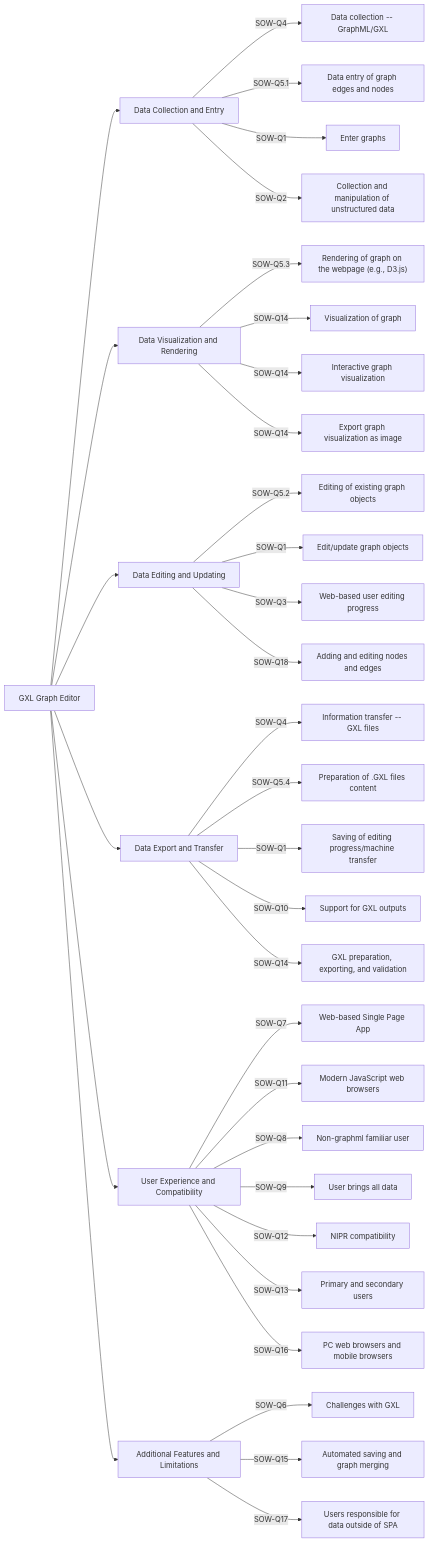
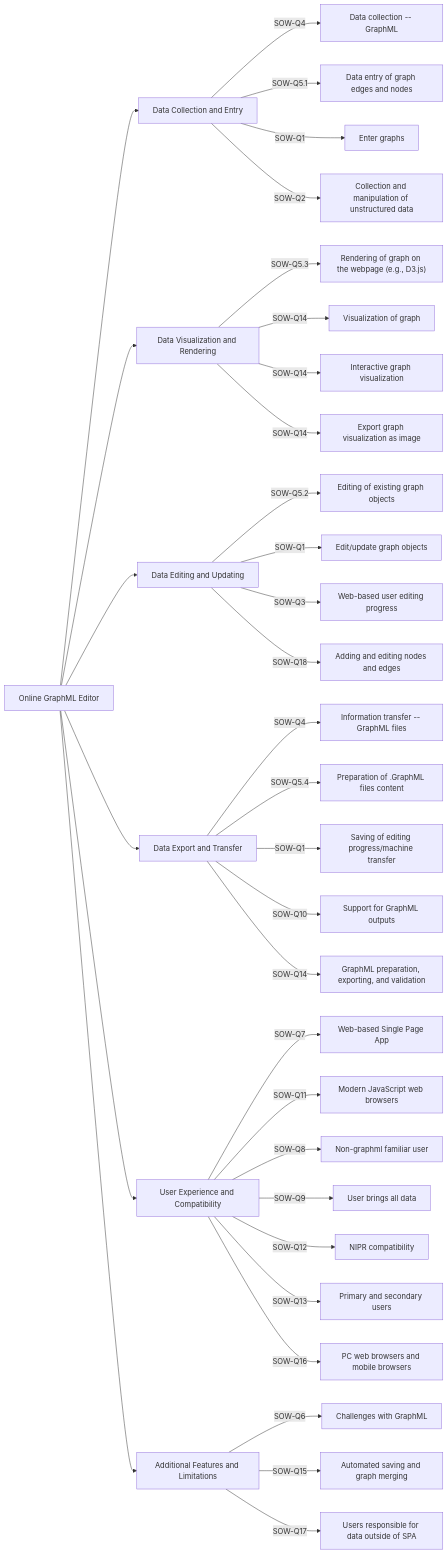
The diagram in Examples/01_GraphML-Editor/01_SOW/02_01-ChatGPT-Fishbone.mmd (ActuallyFro/Break-FAST), drawn with Mermaid before and after one commit. The commit also changed 5 other files, not shown here.

Commit message:
{Examples|01_SOW} Updates from GXL

```diff
--- a/Examples/01_GraphML-Editor/01_SOW/02_01-ChatGPT-Fishbone.mmd
+++ b/Examples/01_GraphML-Editor/01_SOW/02_01-ChatGPT-Fishbone.mmd
@@ -1,48 +1,48 @@
 graph LR
-A["GXL Graph Editor"]
+A["Online GraphML Editor"]
 
 B[Data Collection and Entry]
 C[Data Visualization and Rendering]
 D[Data Editing and Updating]
 E[Data Export and Transfer]
 F[User Experience and Compatibility]
 G[Additional Features and Limitations]
 
 A-->B
-B-->|SOW-Q4|1["Data collection -- GraphML/GXL"]
+B-->|SOW-Q4|1["Data collection -- GraphML"]
 B-->|SOW-Q5.1|2["Data entry of graph edges and nodes"]
 B-->|SOW-Q1|3["Enter graphs"]
 B-->|SOW-Q2|4["Collection and manipulation of unstructured data"]
 
 A-->C
 C-->|SOW-Q5.3|5["Rendering of graph on the webpage (e.g., D3.js)"]
 C-->|SOW-Q14|6["Visualization of graph"]
 C-->|SOW-Q14|7["Interactive graph visualization"]
 C-->|SOW-Q14|8["Export graph visualization as image"]
 
 A-->D
 D-->|SOW-Q5.2|9["Editing of existing graph objects"]
 D-->|SOW-Q1|10["Edit/update graph objects"]
 D-->|SOW-Q3|11["Web-based user editing progress"]
 D-->|SOW-Q18|12["Adding and editing nodes and edges"]
 
 A-->E
-E-->|SOW-Q4|13["Information transfer -- GXL files"]
-E-->|SOW-Q5.4|14["Preparation of .GXL files content"]
+E-->|SOW-Q4|13["Information transfer -- GraphML files"]
+E-->|SOW-Q5.4|14["Preparation of .GraphML files content"]
 E-->|SOW-Q1|15["Saving of editing progress/machine transfer"]
-E-->|SOW-Q10|16["Support for GXL outputs"]
-E-->|SOW-Q14|17["GXL preparation, exporting, and validation"]
+E-->|SOW-Q10|16["Support for GraphML outputs"]
+E-->|SOW-Q14|17["GraphML preparation, exporting, and validation"]
 
 A-->F
 F-->|SOW-Q7|18["Web-based Single Page App"]
 F-->|SOW-Q11|19["Modern JavaScript web browsers"]
 F-->|SOW-Q8|20["Non-graphml familiar user"]
 F-->|SOW-Q9|21["User brings all data"]
 F-->|SOW-Q12|22["NIPR compatibility"]
 F-->|SOW-Q13|23["Primary and secondary users"]
 F-->|SOW-Q16|24["PC web browsers and mobile browsers"]
 
 A-->G
-G-->|SOW-Q6|25["Challenges with GXL"]
+G-->|SOW-Q6|25["Challenges with GraphML"]
 G-->|SOW-Q15|26["Automated saving and graph merging"]
 G-->|SOW-Q17|27["Users responsible for data outside of SPA"]
```
